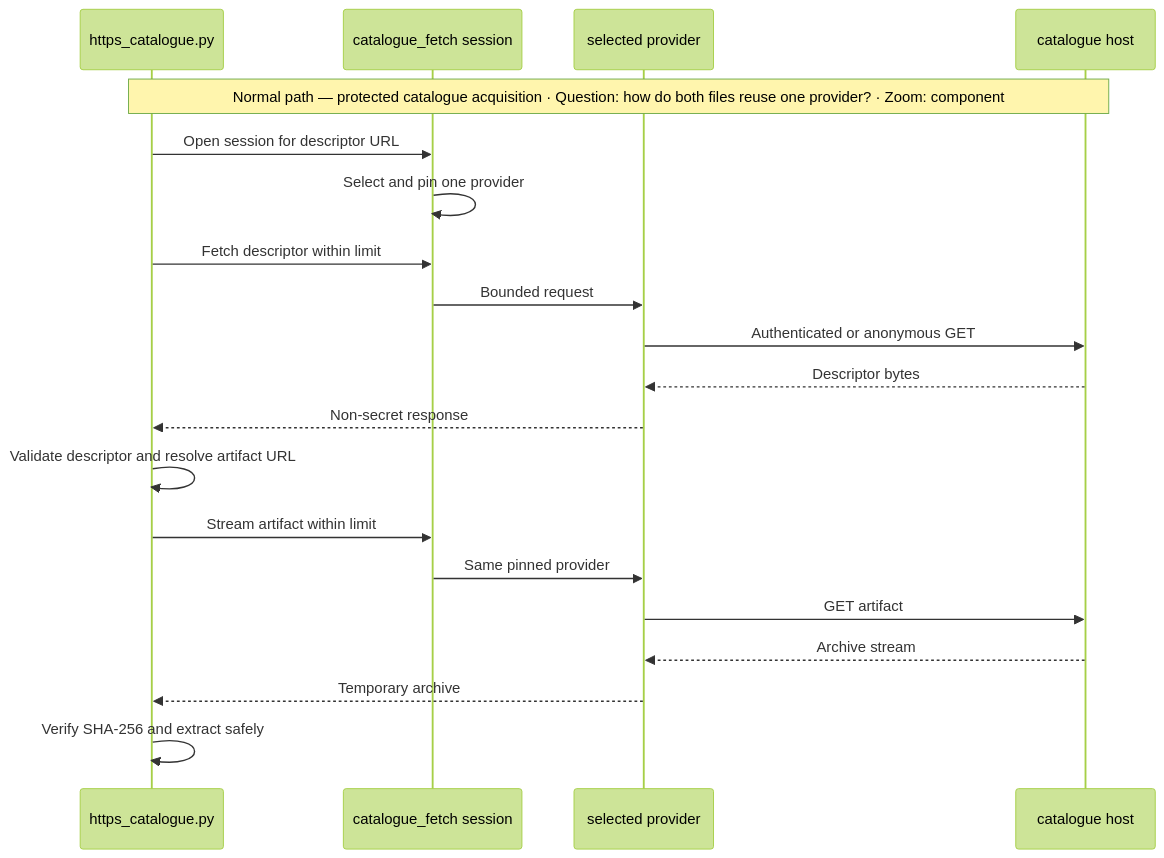
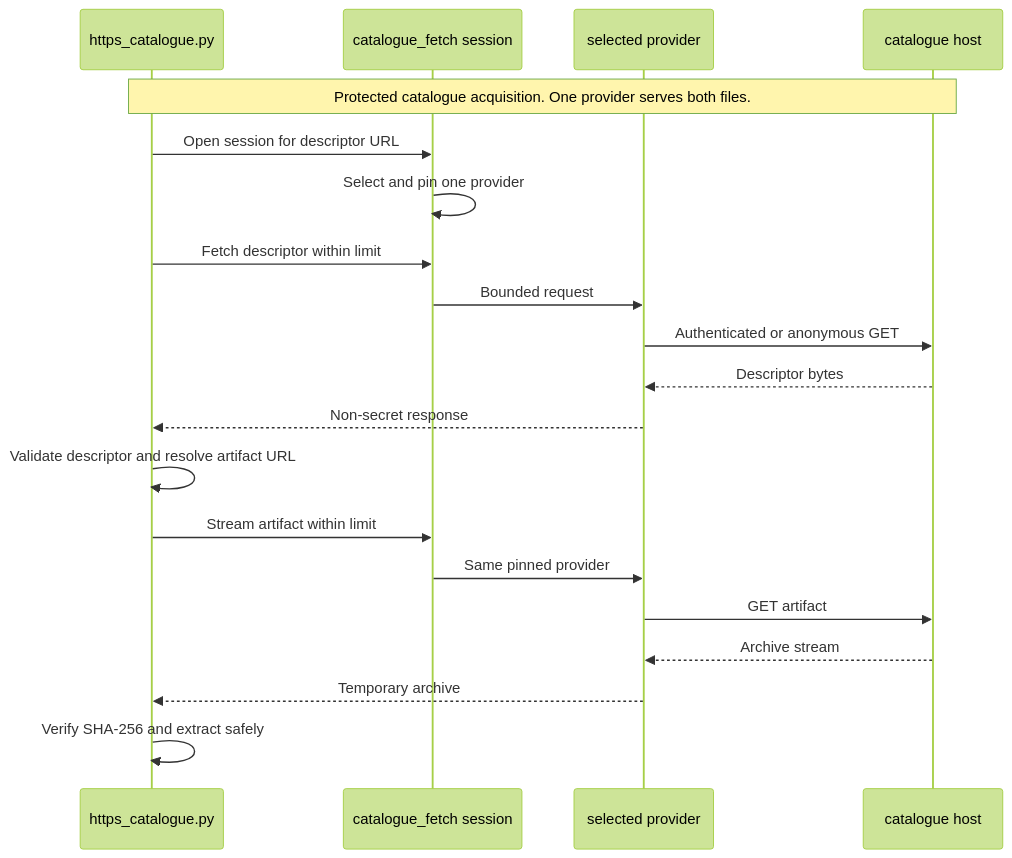
Before and after one commit to eugenelim/agent-ready-repo: the second of 3 diagrams in docs/architecture/portable-catalogue-authentication.md, drawn with Mermaid (forest theme). The commit also changed other lines of this file and 1 other file, not shown here.

Commit message:
docs(architecture): rewrite portable catalogue authentication as current state

````diff
--- a/docs/architecture/portable-catalogue-authentication.md
+++ b/docs/architecture/portable-catalogue-authentication.md
@@ -178,22 +145,22 @@
 ```mermaid
 sequenceDiagram
     participant C as https_catalogue.py
     participant S as catalogue_fetch session
     participant P as selected provider
     participant H as catalogue host
-    Note over C,H: Normal path — protected catalogue acquisition · Question: how do both files reuse one provider? · Zoom: component
+    Note over C,H: Protected catalogue acquisition. One provider serves both files.
     C->>S: Open session for descriptor URL
     S->>S: Select and pin one provider
     C->>S: Fetch descriptor within limit
     S->>P: Bounded request
     P->>H: Authenticated or anonymous GET
     H-->>P: Descriptor bytes
     P-->>C: Non-secret response
     C->>C: Validate descriptor and resolve artifact URL
     C->>S: Stream artifact within limit
     S->>P: Same pinned provider
     P->>H: GET artifact
     H-->>P: Archive stream
     P-->>C: Temporary archive
     C->>C: Verify SHA-256 and extract safely
 ```
````
